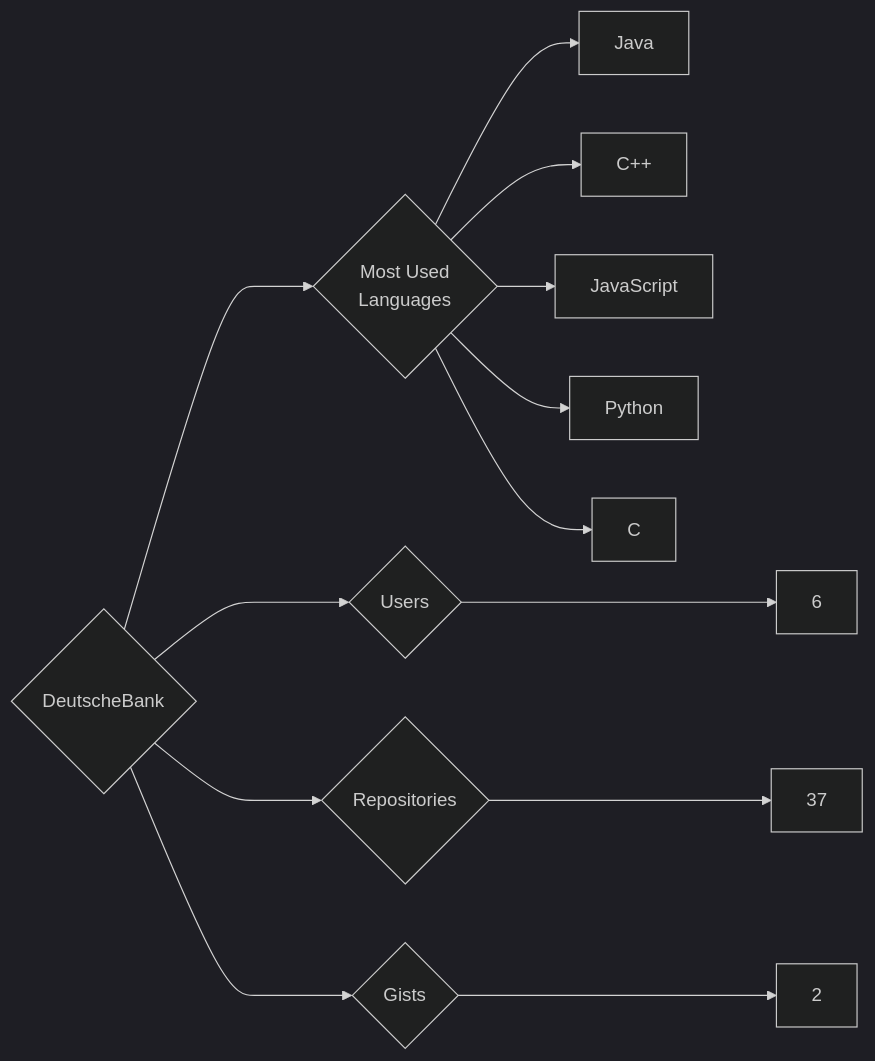
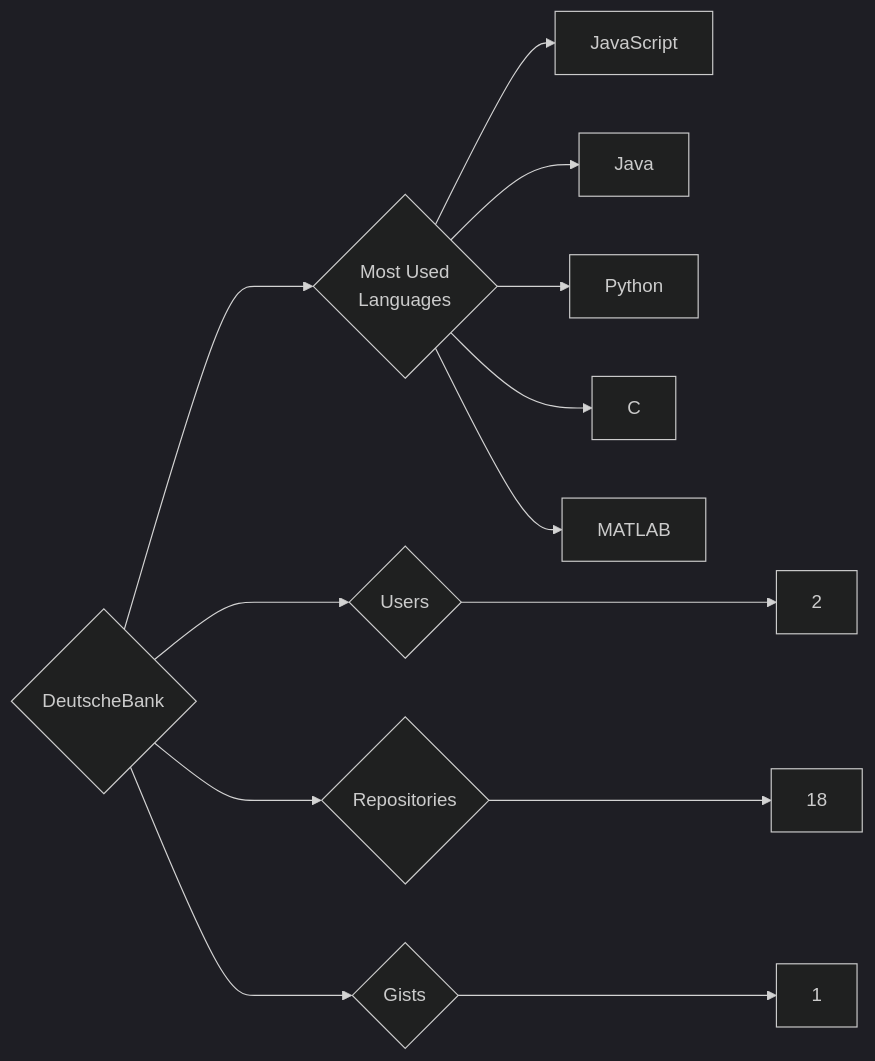
Before and after one commit to trickest/insiders: the diagram in targets/DeutscheBank/README.md, drawn with Mermaid (dark theme). The commit also changed 1055 other files, not shown here.

````diff
--- a/targets/DeutscheBank/README.md
+++ b/targets/DeutscheBank/README.md
@@ -3,13 +3,13 @@
 ```mermaid
 graph LR
 COMPANY_NAME{DeutscheBank}
-COMPANY_NAME ---> U{Users} ---> UN[6]
-COMPANY_NAME ---> R{Repositories} ---> RN[37]
-COMPANY_NAME ---> G{Gists} ---> GN[2]
+COMPANY_NAME ---> U{Users} ---> UN[2]
+COMPANY_NAME ---> R{Repositories} ---> RN[18]
+COMPANY_NAME ---> G{Gists} ---> GN[1]
 COMPANY_NAME ---> ML{Most Used<br>Languages}
+ML --> JavaScript[JavaScript]
 ML --> Java[Java]
-ML --> C++[C++]
-ML --> JavaScript[JavaScript]
 ML --> Python[Python]
 ML --> C[C]
+ML --> MATLAB[MATLAB]
 ```
````
